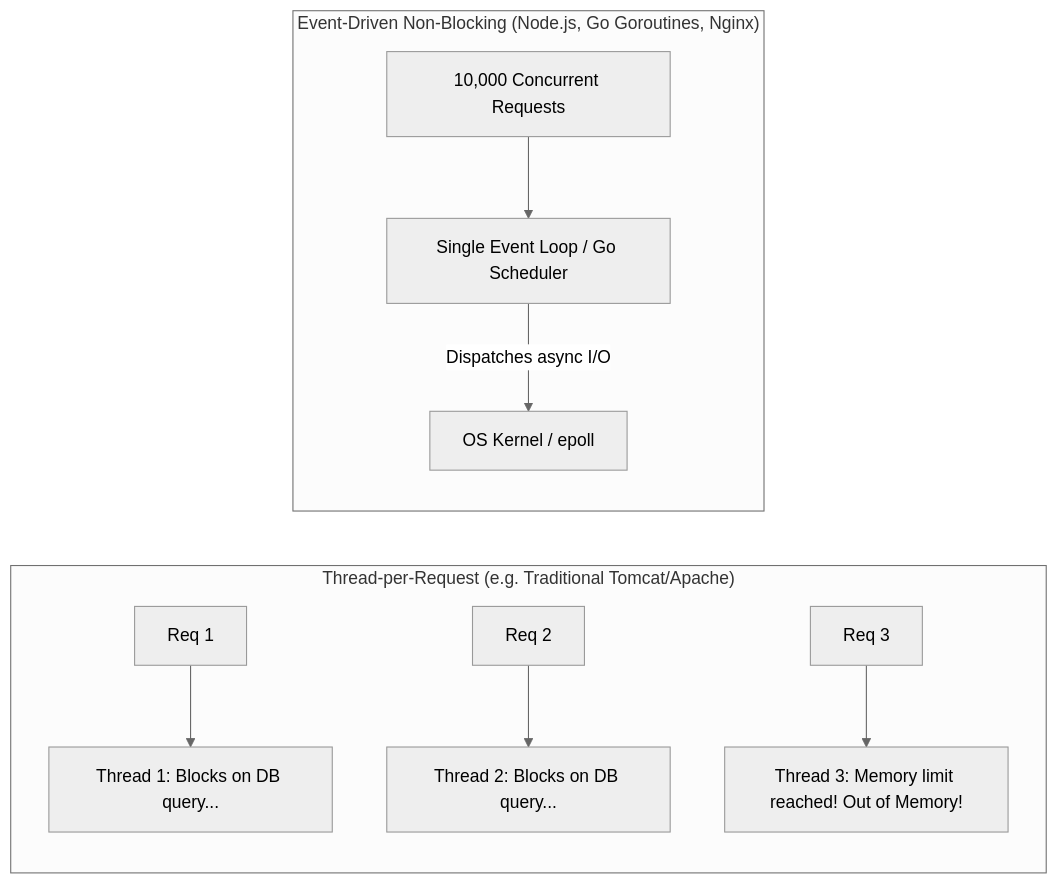
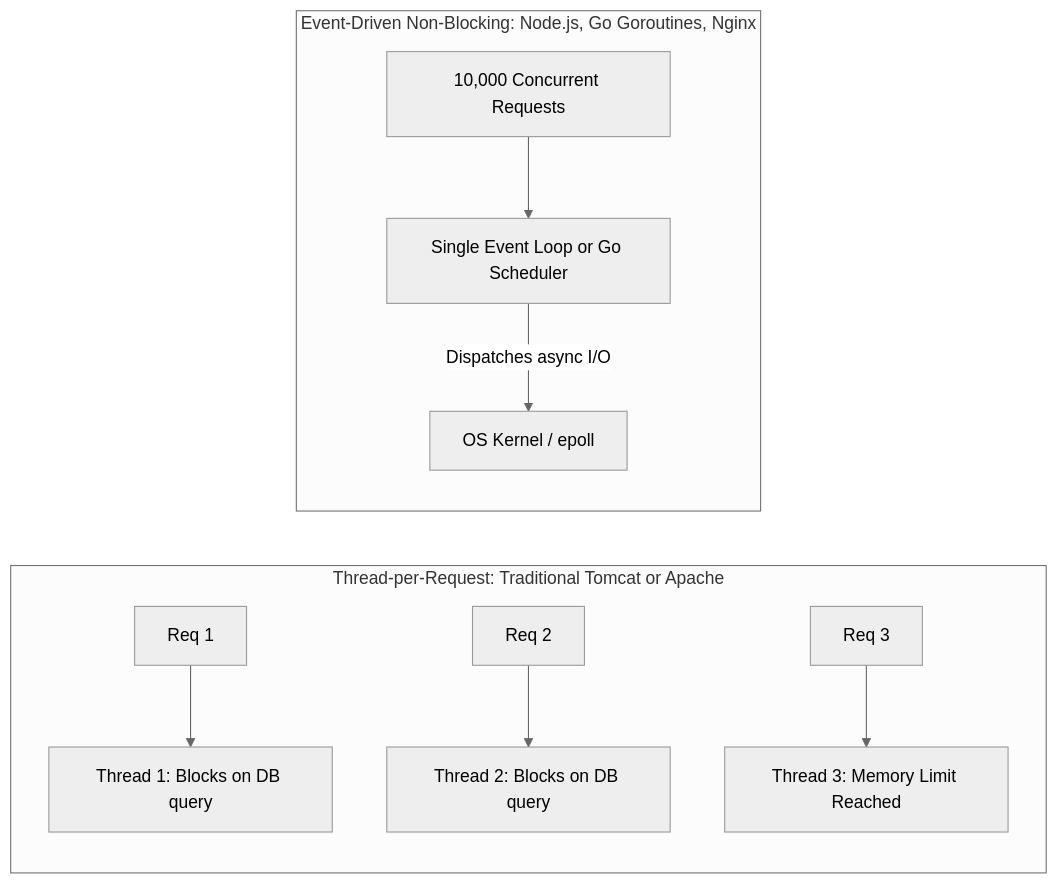
The third of 4 diagrams in 01-fundamentals/scaling.md (Sujalkathait/high-level-design), drawn with Mermaid (neutral theme) before and after one commit. The commit also changed other lines of this file, not shown here.

Commit message:
fix: resolve Mermaid diagram syntax errors in scaling.md

````diff
--- a/01-fundamentals/scaling.md
+++ b/01-fundamentals/scaling.md
@@ -69,14 +74,14 @@
 ```mermaid
 flowchart LR
-    subgraph ThreadPerRequest ["Thread-per-Request (e.g. Traditional Tomcat/Apache)"]
+    subgraph ThreadPerRequest ["Thread-per-Request: Traditional Tomcat or Apache"]
         direction TB
-        Req1[Req 1] --> T1["Thread 1: Blocks on DB query..."]
-        Req2[Req 2] --> T2["Thread 2: Blocks on DB query..."]
-        Req3[Req 3] --> T3["Thread 3: Memory limit reached! Out of Memory!"]
+        Req1["Req 1"] --> T1["Thread 1: Blocks on DB query"]
+        Req2["Req 2"] --> T2["Thread 2: Blocks on DB query"]
+        Req3["Req 3"] --> T3["Thread 3: Memory Limit Reached"]
     end
-    subgraph EventLoop ["Event-Driven Non-Blocking (Node.js, Go Goroutines, Nginx)"]
+    subgraph EventLoop ["Event-Driven Non-Blocking: Node.js, Go Goroutines, Nginx"]
         direction TB
-        AllReqs[10,000 Concurrent Requests] --> Loop["Single Event Loop / Go Scheduler"]
+        AllReqs["10,000 Concurrent Requests"] --> Loop["Single Event Loop or Go Scheduler"]
         Loop -->|Dispatches async I/O| OS["OS Kernel / epoll"]
     end
 ```
````
